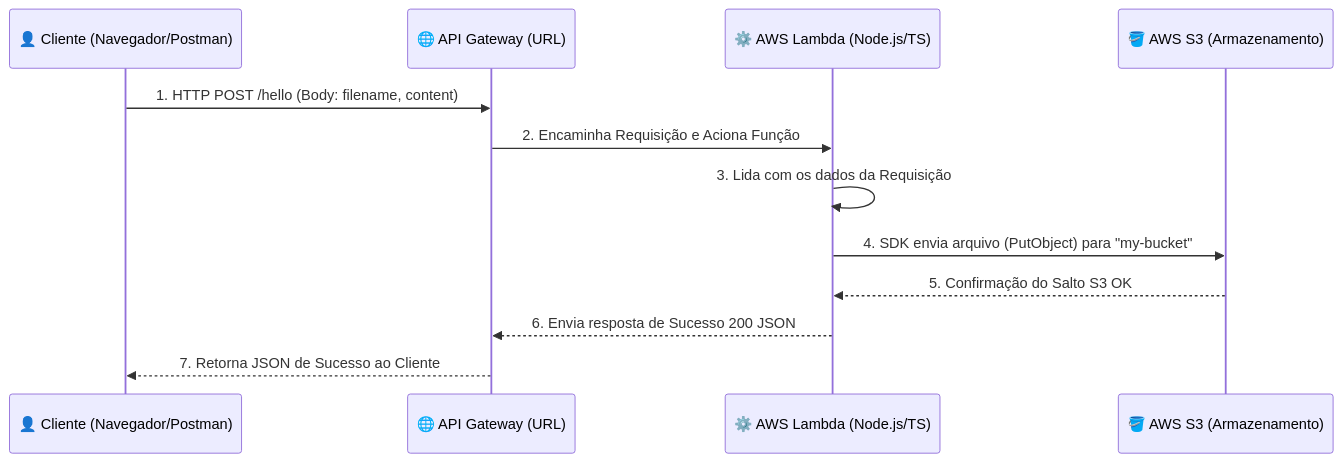
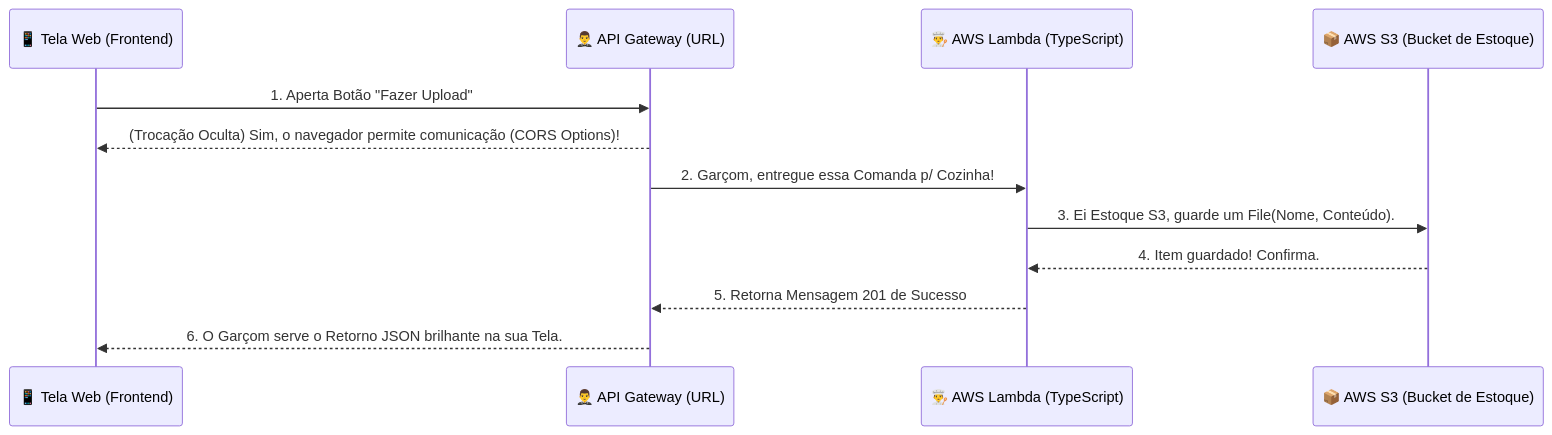
Before and after one commit to RafaelB13/aws-study: the diagram in README.md, drawn with Mermaid. The commit also changed other lines of this file and 10 other files, not shown here.

Commit message:
feat: Implement a new web UI with Vite and Tailwind, configure API Gateway for CORS, and add detailed comments to setup scripts and tests.

````diff
--- a/README.md
+++ b/README.md
@@ -16,15 +26,15 @@
 ```mermaid
 sequenceDiagram
-    participant User as 👤 Cliente (Navegador/Postman)
-    participant APIGW as 🌐 API Gateway (URL)
-    participant Lambda as ⚙️ AWS Lambda (Node.js/TS)
-    participant S3 as 🪣 AWS S3 (Armazenamento)
+    participant App as 📱 Tela Web (Frontend)
+    participant APIGW as 🤵‍♂️ API Gateway (URL)
+    participant Lambda as 👨‍🍳 AWS Lambda (TypeScript)
+    participant S3 as 📦 AWS S3 (Bucket de Estoque)
 
-    User->>APIGW: 1. HTTP POST /hello (Body: filename, content)
-    APIGW->>Lambda: 2. Encaminha Requisição e Aciona Função
-    Lambda->>Lambda: 3. Lida com os dados da Requisição
-    Lambda->>S3: 4. SDK envia arquivo (PutObject) para "my-bucket"
-    S3-->>Lambda: 5. Confirmação do Salto S3 OK
-    Lambda-->>APIGW: 6. Envia resposta de Sucesso 200 JSON
-    APIGW-->>User: 7. Retorna JSON de Sucesso ao Cliente
+    App->>APIGW: 1. Aperta Botão "Fazer Upload"
+    APIGW-->>App: (Trocação Oculta) Sim, o navegador permite comunicação (CORS Options)!
+    APIGW->>Lambda: 2. Garçom, entregue essa Comanda p/ Cozinha!
+    Lambda->>S3: 3. Ei Estoque S3, guarde um File(Nome, Conteúdo).
+    S3-->>Lambda: 4. Item guardado! Confirma.
+    Lambda-->>APIGW: 5. Retorna Mensagem 201 de Sucesso
+    APIGW-->>App: 6. O Garçom serve o Retorno JSON brilhante na sua Tela.
 ```
````
